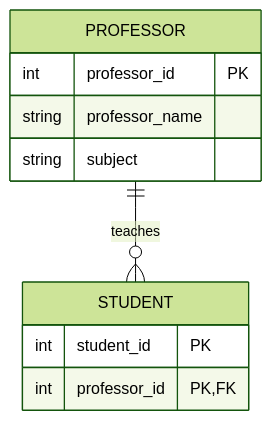
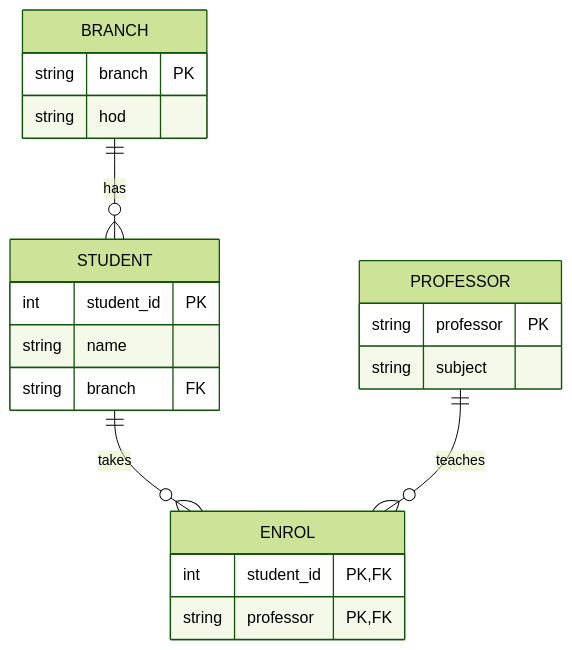
Before and after one commit to aaryan-pradhan/core-cs-fundamentals: the eighth of 8 diagrams in dbms/11-normalisation.md, drawn with Mermaid (forest theme). The commit also changed other lines of this file, not shown here.

````diff
--- a/dbms/11-normalisation.md
+++ b/dbms/11-normalisation.md
@@ -271,13 +160,23 @@
-         ```mermaid
-         erDiagram
-           PROFESSOR ||--o{ STUDENT : "teaches"
-           STUDENT {
-             int student_id PK
-             int professor_id PK,FK
-           }
-           PROFESSOR {
-             int professor_id PK
-             string professor_name
-             string subject
-           }
-         ```
+```mermaid
+erDiagram
+  BRANCH ||--o{ STUDENT : "has"
+  STUDENT ||--o{ ENROL : "takes"
+  PROFESSOR ||--o{ ENROL : "teaches"
+  BRANCH {
+    string branch PK
+    string hod
+  }
+  STUDENT {
+    int student_id PK
+    string name
+    string branch FK
+  }
+  ENROL {
+    int student_id PK,FK
+    string professor PK,FK
+  }
+  PROFESSOR {
+    string professor PK
+    string subject
+  }
+```
````
